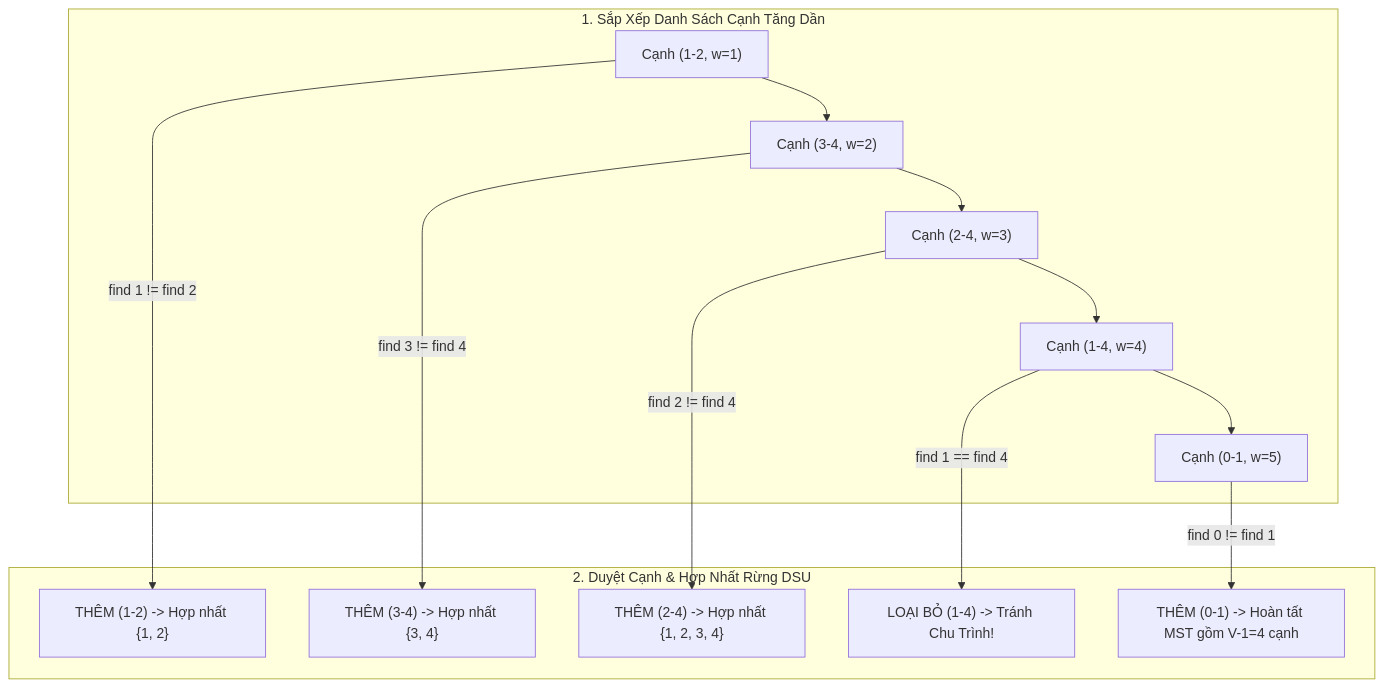
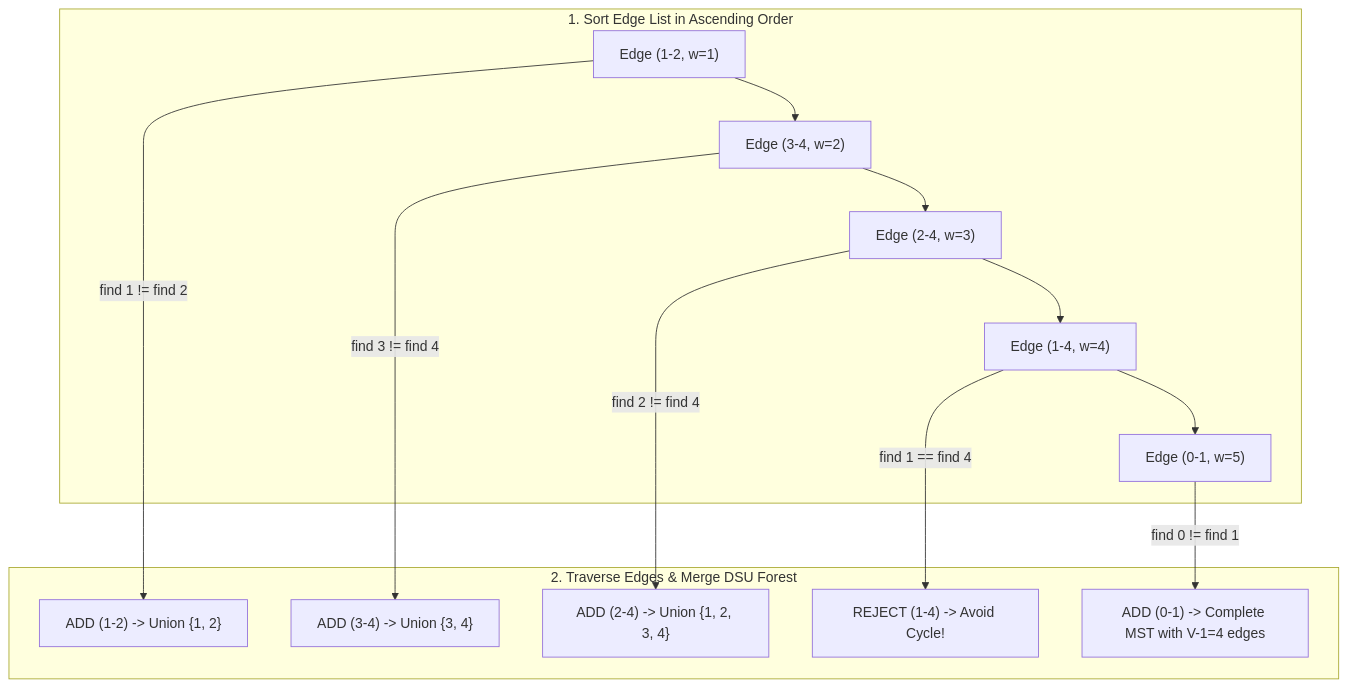
One commit to ga2631/ga2631.github.io changed the diagram in src/data/blog/en/44-2026-06-11-kruskals-minimum-spanning-tree-dsu-disjoint-set-union-cpp.md. Above: the diagram before and after it, drawn with Mermaid. The commit also changed other lines of this file and 74 other files, not shown here.

````diff
--- a/src/data/blog/en/44-2026-06-11-kruskals-minimum-spanning-tree-dsu-disjoint-set-union-cpp.md
+++ b/src/data/blog/en/44-2026-06-11-kruskals-minimum-spanning-tree-dsu-disjoint-set-union-cpp.md
@@ -53,17 +52,17 @@
 ```mermaid
 flowchart TD
-    subgraph EdgeSorting [1. Sắp Xếp Danh Sách Cạnh Tăng Dần]
-        E1["Cạnh (1-2, w=1)"] --> E2["Cạnh (3-4, w=2)"]
-        E2 --> E3["Cạnh (2-4, w=3)"]
-        E3 --> E4["Cạnh (1-4, w=4)"]
-        E4 --> E5["Cạnh (0-1, w=5)"]
+    subgraph EdgeSorting [1. Sort Edge List in Ascending Order]
+        E1["Edge (1-2, w=1)"] --> E2["Edge (3-4, w=2)"]
+        E2 --> E3["Edge (2-4, w=3)"]
+        E3 --> E4["Edge (1-4, w=4)"]
+        E4 --> E5["Edge (0-1, w=5)"]
     end
 
-    subgraph DSUVerification [2. Duyệt Cạnh & Hợp Nhất Rừng DSU]
-        E1 -->|find 1 != find 2| Add1["THÊM (1-2) -> Hợp nhất {1, 2}"]
-        E2 -->|find 3 != find 4| Add2["THÊM (3-4) -> Hợp nhất {3, 4}"]
-        E3 -->|find 2 != find 4| Add3["THÊM (2-4) -> Hợp nhất {1, 2, 3, 4}"]
-        E4 -->|find 1 == find 4| Reject["LOẠI BỎ (1-4) -> Tránh Chu Trình!"]
-        E5 -->|find 0 != find 1| Add4["THÊM (0-1) -> Hoàn tất MST gồm V-1=4 cạnh"]
+    subgraph DSUVerification [2. Traverse Edges & Merge DSU Forest]
+        E1 -->|find 1 != find 2| Add1["ADD (1-2) -> Union {1, 2}"]
+        E2 -->|find 3 != find 4| Add2["ADD (3-4) -> Union {3, 4}"]
+        E3 -->|find 2 != find 4| Add3["ADD (2-4) -> Union {1, 2, 3, 4}"]
+        E4 -->|find 1 == find 4| Reject["REJECT (1-4) -> Avoid Cycle!"]
+        E5 -->|find 0 != find 1| Add4["ADD (0-1) -> Complete MST with V-1=4 edges"]
     end
 ```
````
